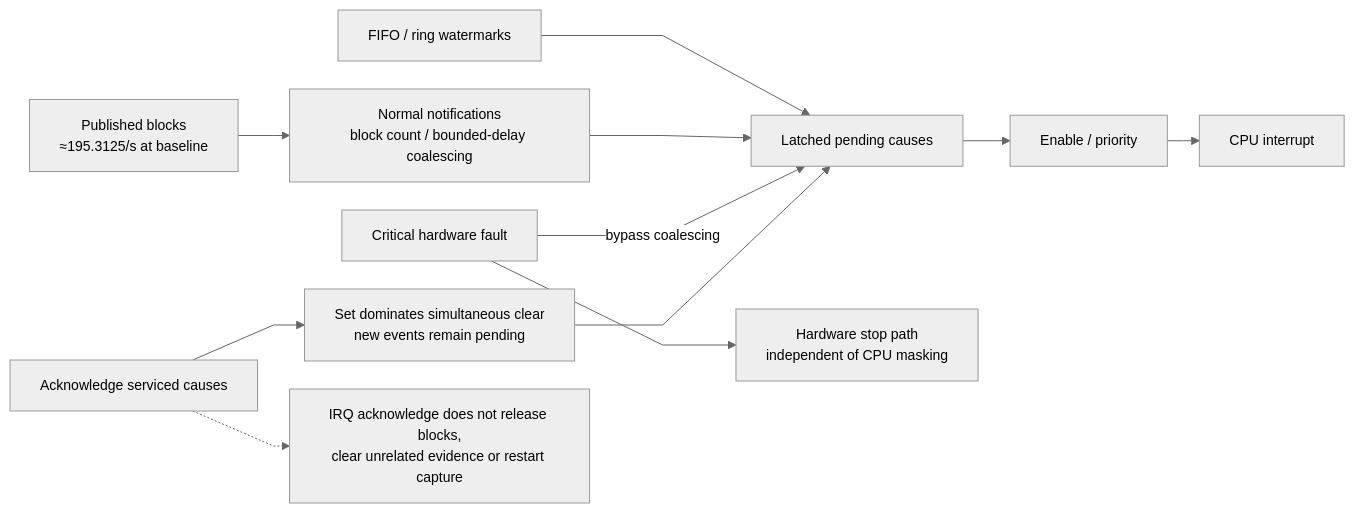
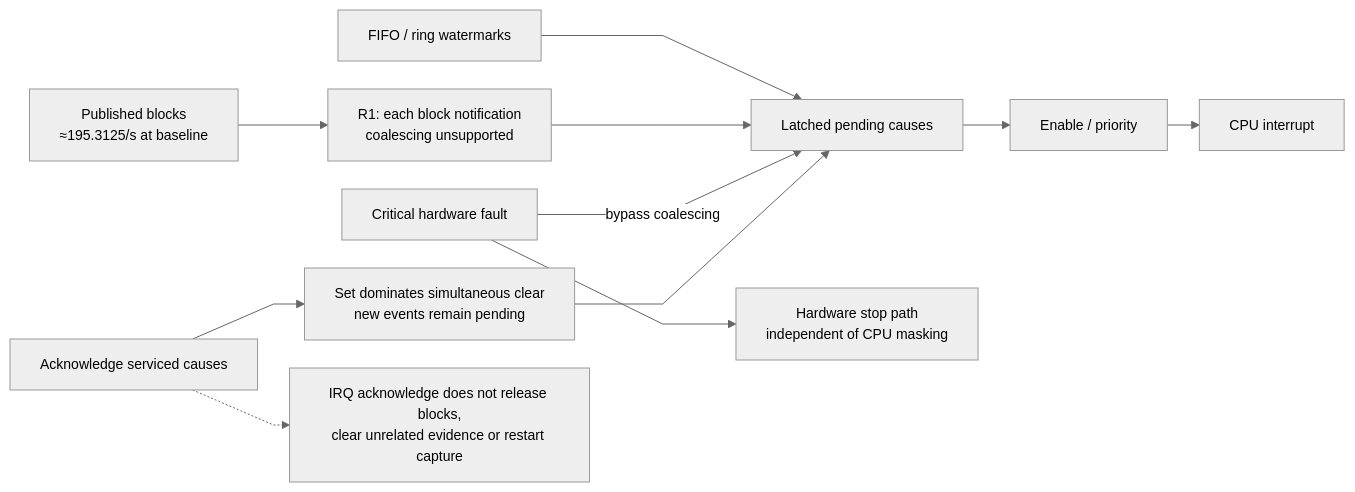
One commit to baolgn/DRG-pain-project changed diagram 24 of 27 in microcontroller/acquisition/README.md. Above: the diagram before and after it, drawn with Mermaid. The commit also changed other lines of this file and 19 other files, not shown here.

````diff
--- a/microcontroller/acquisition/README.md
+++ b/microcontroller/acquisition/README.md
@@ -506,14 +511,14 @@
 ```mermaid
 %%{init: {"theme":"neutral","themeVariables":{"fontFamily":"Arial,sans-serif","fontSize":"14px"},"flowchart":{"htmlLabels":true,"minNodeWidth":0,"wrappingWidth":240,"nodeSpacing":28,"rankSpacing":32,"curve":"linear"}}}%%
 flowchart LR
-    BLOCK["Published blocks<br/>≈195.3125/s at baseline"] --> COAL["Normal notifications<br/>block count / bounded-delay coalescing"]
+    BLOCK["Published blocks<br/>≈195.3125/s at baseline"] --> COAL["R1: each block notification<br/>coalescing unsupported"]
     WATER["FIFO / ring watermarks"] --> PEND["Latched pending causes"]
     COAL --> PEND
     FAULT["Critical hardware fault"] -->|"bypass coalescing"| PEND
     PEND --> MASK["Enable / priority"]
     MASK --> IRQ["CPU interrupt"]
     ACK["Acknowledge serviced causes"] --> CLEAR["Set dominates simultaneous clear<br/>new events remain pending"]
     CLEAR --> PEND
     FAULT --> STOP["Hardware stop path<br/>independent of CPU masking"]
     ACK -.-> RULE["IRQ acknowledge does not release blocks,<br/>clear unrelated evidence or restart capture"]
 ```
````
